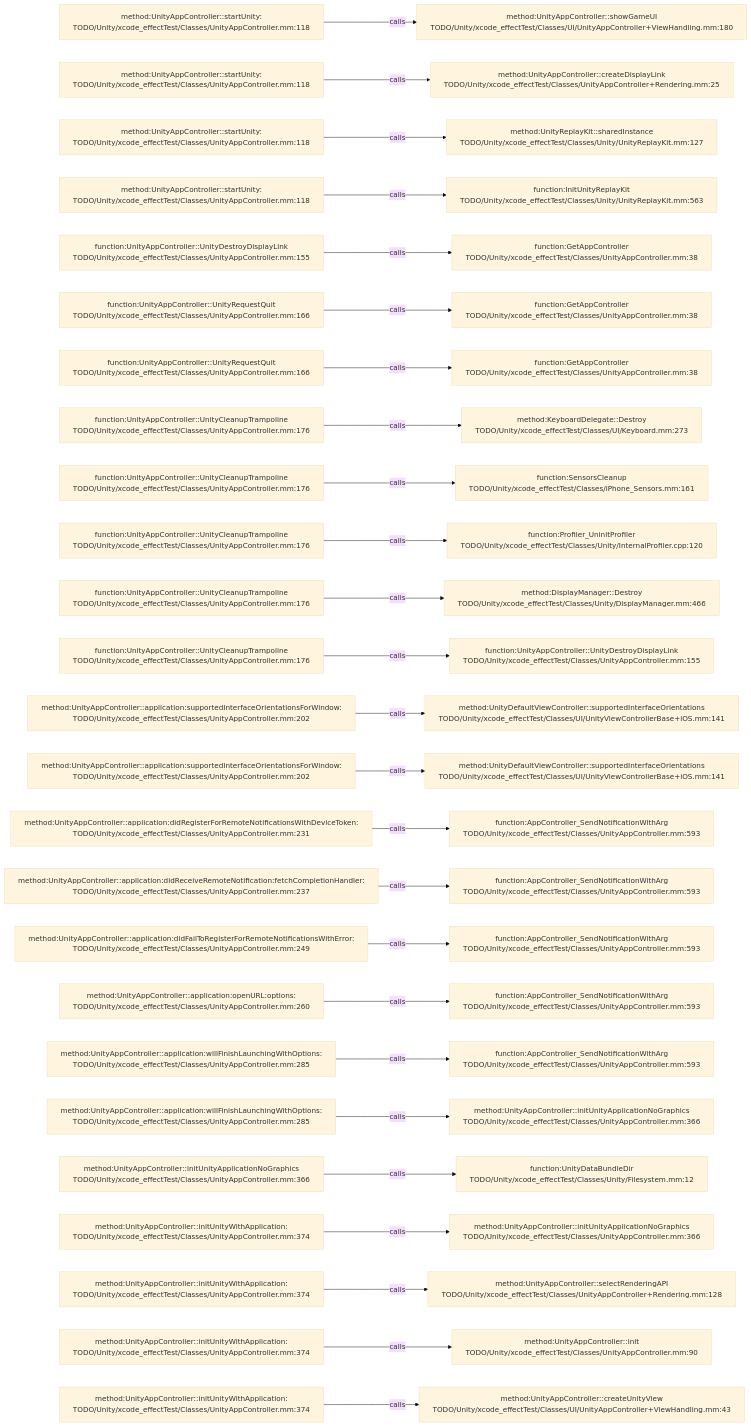
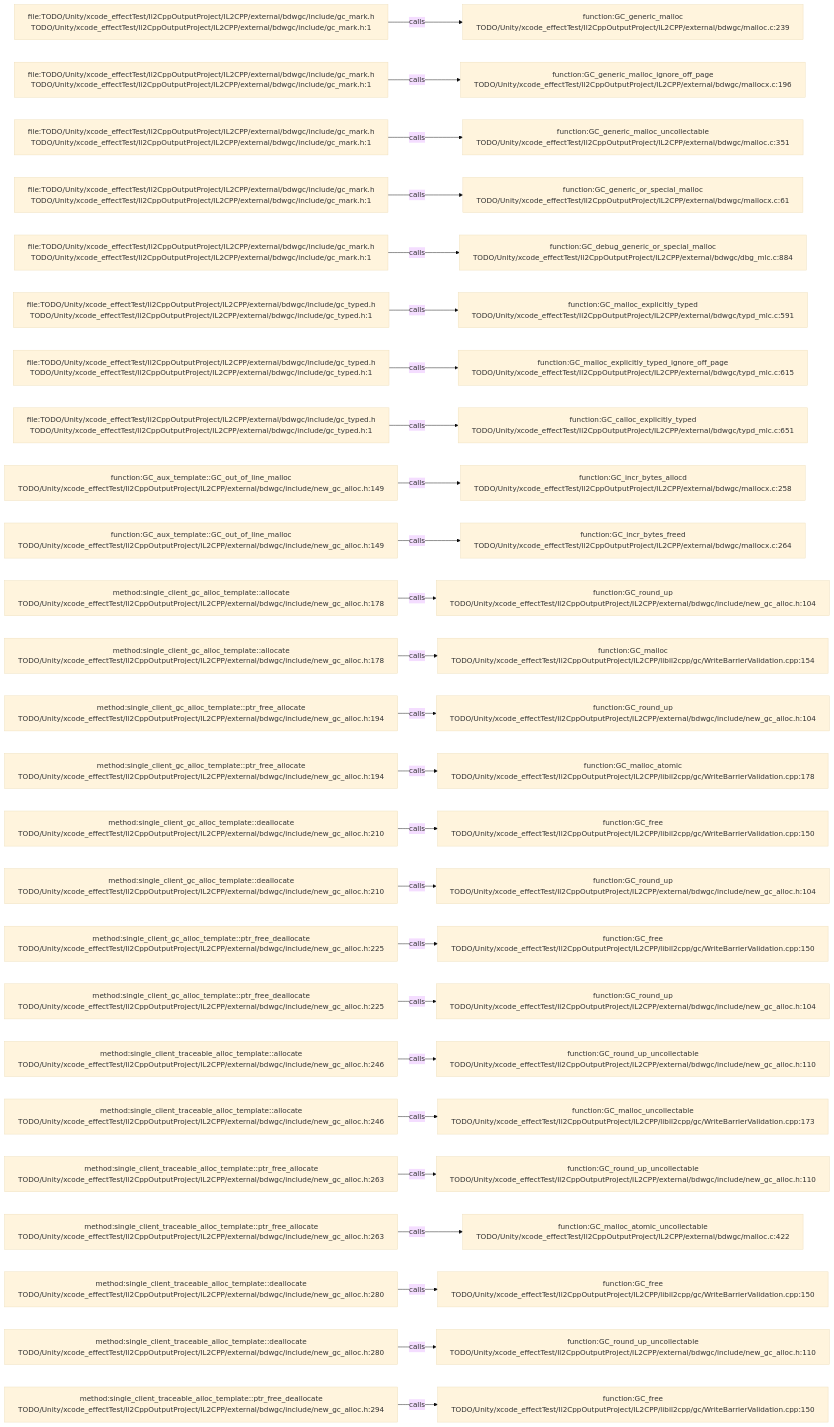
Before and after one commit to JobsKits/JobsSwiftBaseConfigDemo: the diagram in .codegraph/codegraph.md/graphs/calls-115.md, drawn with Mermaid (base theme). The commit also changed 227 other files, not shown here.

````diff
--- a/.codegraph/codegraph.md/graphs/calls-115.md
+++ b/.codegraph/codegraph.md/graphs/calls-115.md
@@ -13,78 +13,78 @@
 ```mermaid
 flowchart LR
-  S1["method:UnityAppController::startUnity:<br/>TODO/Unity/xcode_effectTest/Classes/UnityAppController.mm:118"]
-  T1["method:UnityAppController::showGameUI<br/>TODO/Unity/xcode_effectTest/Classes/UI/UnityAppController+ViewHandling.mm:180"]
+  S1["file:TODO/Unity/xcode_effectTest/Il2CppOutputProject/IL2CPP/external/bdwgc/include/gc_mark.h<br/>TODO/Unity/xcode_effectTest/Il2CppOutputProject/IL2CPP/external/bdwgc/include/gc_mark.h:1"]
+  T1["function:GC_generic_malloc<br/>TODO/Unity/xcode_effectTest/Il2CppOutputProject/IL2CPP/external/bdwgc/malloc.c:239"]
   S1 -->|calls| T1
-  S2["method:UnityAppController::startUnity:<br/>TODO/Unity/xcode_effectTest/Classes/UnityAppController.mm:118"]
-  T2["method:UnityAppController::createDisplayLink<br/>TODO/Unity/xcode_effectTest/Classes/UnityAppController+Rendering.mm:25"]
+  S2["file:TODO/Unity/xcode_effectTest/Il2CppOutputProject/IL2CPP/external/bdwgc/include/gc_mark.h<br/>TODO/Unity/xcode_effectTest/Il2CppOutputProject/IL2CPP/external/bdwgc/include/gc_mark.h:1"]
+  T2["function:GC_generic_malloc_ignore_off_page<br/>TODO/Unity/xcode_effectTest/Il2CppOutputProject/IL2CPP/external/bdwgc/mallocx.c:196"]
   S2 -->|calls| T2
-  S3["method:UnityAppController::startUnity:<br/>TODO/Unity/xcode_effectTest/Classes/UnityAppController.mm:118"]
-  T3["method:UnityReplayKit::sharedInstance<br/>TODO/Unity/xcode_effectTest/Classes/Unity/UnityReplayKit.mm:127"]
+  S3["file:TODO/Unity/xcode_effectTest/Il2CppOutputProject/IL2CPP/external/bdwgc/include/gc_mark.h<br/>TODO/Unity/xcode_effectTest/Il2CppOutputProject/IL2CPP/external/bdwgc/include/gc_mark.h:1"]
+  T3["function:GC_generic_malloc_uncollectable<br/>TODO/Unity/xcode_effectTest/Il2CppOutputProject/IL2CPP/external/bdwgc/malloc.c:351"]
   S3 -->|calls| T3
-  S4["method:UnityAppController::startUnity:<br/>TODO/Unity/xcode_effectTest/Classes/UnityAppController.mm:118"]
-  T4["function:InitUnityReplayKit<br/>TODO/Unity/xcode_effectTest/Classes/Unity/UnityReplayKit.mm:563"]
+  S4["file:TODO/Unity/xcode_effectTest/Il2CppOutputProject/IL2CPP/external/bdwgc/include/gc_mark.h<br/>TODO/Unity/xcode_effectTest/Il2CppOutputProject/IL2CPP/external/bdwgc/include/gc_mark.h:1"]
+  T4["function:GC_generic_or_special_malloc<br/>TODO/Unity/xcode_effectTest/Il2CppOutputProject/IL2CPP/external/bdwgc/mallocx.c:61"]
   S4 -->|calls| T4
-  S5["function:UnityAppController::UnityDestroyDisplayLink<br/>TODO/Unity/xcode_effectTest/Classes/UnityAppController.mm:155"]
-  T5["function:GetAppController<br/>TODO/Unity/xcode_effectTest/Classes/UnityAppController.mm:38"]
+  S5["file:TODO/Unity/xcode_effectTest/Il2CppOutputProject/IL2CPP/external/bdwgc/include/gc_mark.h<br/>TODO/Unity/xcode_effectTest/Il2CppOutputProject/IL2CPP/external/bdwgc/include/gc_mark.h:1"]
+  T5["function:GC_debug_generic_or_special_malloc<br/>TODO/Unity/xcode_effectTest/Il2CppOutputProject/IL2CPP/external/bdwgc/dbg_mlc.c:884"]
   S5 -->|calls| T5
-  S6["function:UnityAppController::UnityRequestQuit<br/>TODO/Unity/xcode_effectTest/Classes/UnityAppController.mm:166"]
-  T6["function:GetAppController<br/>TODO/Unity/xcode_effectTest/Classes/UnityAppController.mm:38"]
+  S6["file:TODO/Unity/xcode_effectTest/Il2CppOutputProject/IL2CPP/external/bdwgc/include/gc_typed.h<br/>TODO/Unity/xcode_effectTest/Il2CppOutputProject/IL2CPP/external/bdwgc/include/gc_typed.h:1"]
+  T6["function:GC_malloc_explicitly_typed<br/>TODO/Unity/xcode_effectTest/Il2CppOutputProject/IL2CPP/external/bdwgc/typd_mlc.c:591"]
   S6 -->|calls| T6
-  S7["function:UnityAppController::UnityRequestQuit<br/>TODO/Unity/xcode_effectTest/Classes/UnityAppController.mm:166"]
-  T7["function:GetAppController<br/>TODO/Unity/xcode_effectTest/Classes/UnityAppController.mm:38"]
+  S7["file:TODO/Unity/xcode_effectTest/Il2CppOutputProject/IL2CPP/external/bdwgc/include/gc_typed.h<br/>TODO/Unity/xcode_effectTest/Il2CppOutputProject/IL2CPP/external/bdwgc/include/gc_typed.h:1"]
+  T7["function:GC_malloc_explicitly_typed_ignore_off_page<br/>TODO/Unity/xcode_effectTest/Il2CppOutputProject/IL2CPP/external/bdwgc/typd_mlc.c:615"]
   S7 -->|calls| T7
-  S8["function:UnityAppController::UnityCleanupTrampoline<br/>TODO/Unity/xcode_effectTest/Classes/UnityAppController.mm:176"]
-  T8["method:KeyboardDelegate::Destroy<br/>TODO/Unity/xcode_effectTest/Classes/UI/Keyboard.mm:273"]
+  S8["file:TODO/Unity/xcode_effectTest/Il2CppOutputProject/IL2CPP/external/bdwgc/include/gc_typed.h<br/>TODO/Unity/xcode_effectTest/Il2CppOutputProject/IL2CPP/external/bdwgc/include/gc_typed.h:1"]
+  T8["function:GC_calloc_explicitly_typed<br/>TODO/Unity/xcode_effectTest/Il2CppOutputProject/IL2CPP/external/bdwgc/typd_mlc.c:651"]
   S8 -->|calls| T8
-  S9["function:UnityAppController::UnityCleanupTrampoline<br/>TODO/Unity/xcode_effectTest/Classes/UnityAppController.mm:176"]
-  T9["function:SensorsCleanup<br/>TODO/Unity/xcode_effectTest/Classes/iPhone_Sensors.mm:161"]
+  S9["function:GC_aux_template<dummy>::GC_out_of_line_malloc<br/>TODO/Unity/xcode_effectTest/Il2CppOutputProject/IL2CPP/external/bdwgc/include/new_gc_alloc.h:149"]
+  T9["function:GC_incr_bytes_allocd<br/>TODO/Unity/xcode_effectTest/Il2CppOutputProject/IL2CPP/external/bdwgc/mallocx.c:258"]
   S9 -->|calls| T9
-  S10["function:UnityAppController::UnityCleanupTrampoline<br/>TODO/Unity/xcode_effectTest/Classes/UnityAppController.mm:176"]
-  T10["function:Profiler_UninitProfiler<br/>TODO/Unity/xcode_effectTest/Classes/Unity/InternalProfiler.cpp:120"]
+  S10["function:GC_aux_template<dummy>::GC_out_of_line_malloc<br/>TODO/Unity/xcode_effectTest/Il2CppOutputProject/IL2CPP/external/bdwgc/include/new_gc_alloc.h:149"]
+  T10["function:GC_incr_bytes_freed<br/>TODO/Unity/xcode_effectTest/Il2CppOutputProject/IL2CPP/external/bdwgc/mallocx.c:264"]
   S10 -->|calls| T10
-  S11["function:UnityAppController::UnityCleanupTrampoline<br/>TODO/Unity/xcode_effectTest/Classes/UnityAppController.mm:176"]
-  T11["method:DisplayManager::Destroy<br/>TODO/Unity/xcode_effectTest/Classes/Unity/DisplayManager.mm:466"]
+  S11["method:single_client_gc_alloc_template::allocate<br/>TODO/Unity/xcode_effectTest/Il2CppOutputProject/IL2CPP/external/bdwgc/include/new_gc_alloc.h:178"]
+  T11["function:GC_round_up<br/>TODO/Unity/xcode_effectTest/Il2CppOutputProject/IL2CPP/external/bdwgc/include/new_gc_alloc.h:104"]
   S11 -->|calls| T11
-  S12["function:UnityAppController::UnityCleanupTrampoline<br/>TODO/Unity/xcode_effectTest/Classes/UnityAppController.mm:176"]
-  T12["function:UnityAppController::UnityDestroyDisplayLink<br/>TODO/Unity/xcode_effectTest/Classes/UnityAppController.mm:155"]
+  S12["method:single_client_gc_alloc_template::allocate<br/>TODO/Unity/xcode_effectTest/Il2CppOutputProject/IL2CPP/external/bdwgc/include/new_gc_alloc.h:178"]
+  T12["function:GC_malloc<br/>TODO/Unity/xcode_effectTest/Il2CppOutputProject/IL2CPP/libil2cpp/gc/WriteBarrierValidation.cpp:154"]
   S12 -->|calls| T12
-  S13["method:UnityAppController::application:supportedInterfaceOrientationsForWindow:<br/>TODO/Unity/xcode_effectTest/Classes/UnityAppController.mm:202"]
-  T13["method:UnityDefaultViewController::supportedInterfaceOrientations<br/>TODO/Unity/xcode_effectTest/Classes/UI/UnityViewControllerBase+iOS.mm:141"]
+  S13["method:single_client_gc_alloc_template::ptr_free_allocate<br/>TODO/Unity/xcode_effectTest/Il2CppOutputProject/IL2CPP/external/bdwgc/include/new_gc_alloc.h:194"]
+  T13["function:GC_round_up<br/>TODO/Unity/xcode_effectTest/Il2CppOutputProject/IL2CPP/external/bdwgc/include/new_gc_alloc.h:104"]
   S13 -->|calls| T13
-  S14["method:UnityAppController::application:supportedInterfaceOrientationsForWindow:<br/>TODO/Unity/xcode_effectTest/Classes/UnityAppController.mm:202"]
-  T14["method:UnityDefaultViewController::supportedInterfaceOrientations<br/>TODO/Unity/xcode_effectTest/Classes/UI/UnityViewControllerBase+iOS.mm:141"]
+  S14["method:single_client_gc_alloc_template::ptr_free_allocate<br/>TODO/Unity/xcode_effectTest/Il2CppOutputProject/IL2CPP/external/bdwgc/include/new_gc_alloc.h:194"]
+  T14["function:GC_malloc_atomic<br/>TODO/Unity/xcode_effectTest/Il2CppOutputProject/IL2CPP/libil2cpp/gc/WriteBarrierValidation.cpp:178"]
   S14 -->|calls| T14
-  S15["method:UnityAppController::application:didRegisterForRemoteNotificationsWithDeviceToken:<br/>TODO/Unity/xcode_effectTest/Classes/UnityAppController.mm:231"]
-  T15["function:AppController_SendNotificationWithArg<br/>TODO/Unity/xcode_effectTest/Classes/UnityAppController.mm:593"]
+  S15["method:single_client_gc_alloc_template::deallocate<br/>TODO/Unity/xcode_effectTest/Il2CppOutputProject/IL2CPP/external/bdwgc/include/new_gc_alloc.h:210"]
+  T15["function:GC_free<br/>TODO/Unity/xcode_effectTest/Il2CppOutputProject/IL2CPP/libil2cpp/gc/WriteBarrierValidation.cpp:150"]
   S15 -->|calls| T15
-  S16["method:UnityAppController::application:didReceiveRemoteNotification:fetchCompletionHandler:<br/>TODO/Unity/xcode_effectTest/Classes/UnityAppController.mm:237"]
-  T16["function:AppController_SendNotificationWithArg<br/>TODO/Unity/xcode_effectTest/Classes/UnityAppController.mm:593"]
+  S16["method:single_client_gc_alloc_template::deallocate<br/>TODO/Unity/xcode_effectTest/Il2CppOutputProject/IL2CPP/external/bdwgc/include/new_gc_alloc.h:210"]
+  T16["function:GC_round_up<br/>TODO/Unity/xcode_effectTest/Il2CppOutputProject/IL2CPP/external/bdwgc/include/new_gc_alloc.h:104"]
   S16 -->|calls| T16
-  S17["method:UnityAppController::application:didFailToRegisterForRemoteNotificationsWithError:<br/>TODO/Unity/xcode_effectTest/Classes/UnityAppController.mm:249"]
-  T17["function:AppController_SendNotificationWithArg<br/>TODO/Unity/xcode_effectTest/Classes/UnityAppController.mm:593"]
+  S17["method:single_client_gc_alloc_template::ptr_free_deallocate<br/>TODO/Unity/xcode_effectTest/Il2CppOutputProject/IL2CPP/external/bdwgc/include/new_gc_alloc.h:225"]
+  T17["function:GC_free<br/>TODO/Unity/xcode_effectTest/Il2CppOutputProject/IL2CPP/libil2cpp/gc/WriteBarrierValidation.cpp:150"]
   S17 -->|calls| T17
-  S18["method:UnityAppController::application:openURL:options:<br/>TODO/Unity/xcode_effectTest/Classes/UnityAppController.mm:260"]
-  T18["function:AppController_SendNotificationWithArg<br/>TODO/Unity/xcode_effectTest/Classes/UnityAppController.mm:593"]
+  S18["method:single_client_gc_alloc_template::ptr_free_deallocate<br/>TODO/Unity/xcode_effectTest/Il2CppOutputProject/IL2CPP/external/bdwgc/include/new_gc_alloc.h:225"]
+  T18["function:GC_round_up<br/>TODO/Unity/xcode_effectTest/Il2CppOutputProject/IL2CPP/external/bdwgc/include/new_gc_alloc.h:104"]
   S18 -->|calls| T18
-  S19["method:UnityAppController::application:willFinishLaunchingWithOptions:<br/>TODO/Unity/xcode_effectTest/Classes/UnityAppController.mm:285"]
-  T19["function:AppController_SendNotificationWithArg<br/>TODO/Unity/xcode_effectTest/Classes/UnityAppController.mm:593"]
+  S19["method:single_client_traceable_alloc_template::allocate<br/>TODO/Unity/xcode_effectTest/Il2CppOutputProject/IL2CPP/external/bdwgc/include/new_gc_alloc.h:246"]
+  T19["function:GC_round_up_uncollectable<br/>TODO/Unity/xcode_effectTest/Il2CppOutputProject/IL2CPP/external/bdwgc/include/new_gc_alloc.h:110"]
   S19 -->|calls| T19
-  S20["method:UnityAppController::application:willFinishLaunchingWithOptions:<br/>TODO/Unity/xcode_effectTest/Classes/UnityAppController.mm:285"]
-  T20["method:UnityAppController::initUnityApplicationNoGraphics<br/>TODO/Unity/xcode_effectTest/Classes/UnityAppController.mm:366"]
+  S20["method:single_client_traceable_alloc_template::allocate<br/>TODO/Unity/xcode_effectTest/Il2CppOutputProject/IL2CPP/external/bdwgc/include/new_gc_alloc.h:246"]
+  T20["function:GC_malloc_uncollectable<br/>TODO/Unity/xcode_effectTest/Il2CppOutputProject/IL2CPP/libil2cpp/gc/WriteBarrierValidation.cpp:173"]
   S20 -->|calls| T20
-  S21["method:UnityAppController::initUnityApplicationNoGraphics<br/>TODO/Unity/xcode_effectTest/Classes/UnityAppController.mm:366"]
-  T21["function:UnityDataBundleDir<br/>TODO/Unity/xcode_effectTest/Classes/Unity/Filesystem.mm:12"]
+  S21["method:single_client_traceable_alloc_template::ptr_free_allocate<br/>TODO/Unity/xcode_effectTest/Il2CppOutputProject/IL2CPP/external/bdwgc/include/new_gc_alloc.h:263"]
+  T21["function:GC_round_up_uncollectable<br/>TODO/Unity/xcode_effectTest/Il2CppOutputProject/IL2CPP/external/bdwgc/include/new_gc_alloc.h:110"]
   S21 -->|calls| T21
-  S22["method:UnityAppController::initUnityWithApplication:<br/>TODO/Unity/xcode_effectTest/Classes/UnityAppController.mm:374"]
-  T22["method:UnityAppController::initUnityApplicationNoGraphics<br/>TODO/Unity/xcode_effectTest/Classes/UnityAppController.mm:366"]
+  S22["method:single_client_traceable_alloc_template::ptr_free_allocate<br/>TODO/Unity/xcode_effectTest/Il2CppOutputProject/IL2CPP/external/bdwgc/include/new_gc_alloc.h:263"]
+  T22["function:GC_malloc_atomic_uncollectable<br/>TODO/Unity/xcode_effectTest/Il2CppOutputProject/IL2CPP/external/bdwgc/malloc.c:422"]
   S22 -->|calls| T22
-  S23["method:UnityAppController::initUnityWithApplication:<br/>TODO/Unity/xcode_effectTest/Classes/UnityAppController.mm:374"]
-  T23["method:UnityAppController::selectRenderingAPI<br/>TODO/Unity/xcode_effectTest/Classes/UnityAppController+Rendering.mm:128"]
+  S23["method:single_client_traceable_alloc_template::deallocate<br/>TODO/Unity/xcode_effectTest/Il2CppOutputProject/IL2CPP/external/bdwgc/include/new_gc_alloc.h:280"]
+  T23["function:GC_free<br/>TODO/Unity/xcode_effectTest/Il2CppOutputProject/IL2CPP/libil2cpp/gc/WriteBarrierValidation.cpp:150"]
   S23 -->|calls| T23
-  S24["method:UnityAppController::initUnityWithApplication:<br/>TODO/Unity/xcode_effectTest/Classes/UnityAppController.mm:374"]
-  T24["method:UnityAppController::init<br/>TODO/Unity/xcode_effectTest/Classes/UnityAppController.mm:90"]
+  S24["method:single_client_traceable_alloc_template::deallocate<br/>TODO/Unity/xcode_effectTest/Il2CppOutputProject/IL2CPP/external/bdwgc/include/new_gc_alloc.h:280"]
+  T24["function:GC_round_up_uncollectable<br/>TODO/Unity/xcode_effectTest/Il2CppOutputProject/IL2CPP/external/bdwgc/include/new_gc_alloc.h:110"]
   S24 -->|calls| T24
-  S25["method:UnityAppController::initUnityWithApplication:<br/>TODO/Unity/xcode_effectTest/Classes/UnityAppController.mm:374"]
-  T25["method:UnityAppController::createUnityView<br/>TODO/Unity/xcode_effectTest/Classes/UI/UnityAppController+ViewHandling.mm:43"]
+  S25["method:single_client_traceable_alloc_template::ptr_free_deallocate<br/>TODO/Unity/xcode_effectTest/Il2CppOutputProject/IL2CPP/external/bdwgc/include/new_gc_alloc.h:294"]
+  T25["function:GC_free<br/>TODO/Unity/xcode_effectTest/Il2CppOutputProject/IL2CPP/libil2cpp/gc/WriteBarrierValidation.cpp:150"]
   S25 -->|calls| T25
 ```
````
